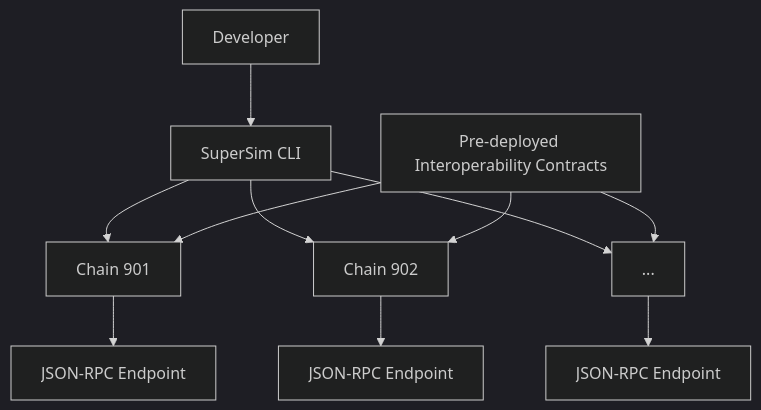
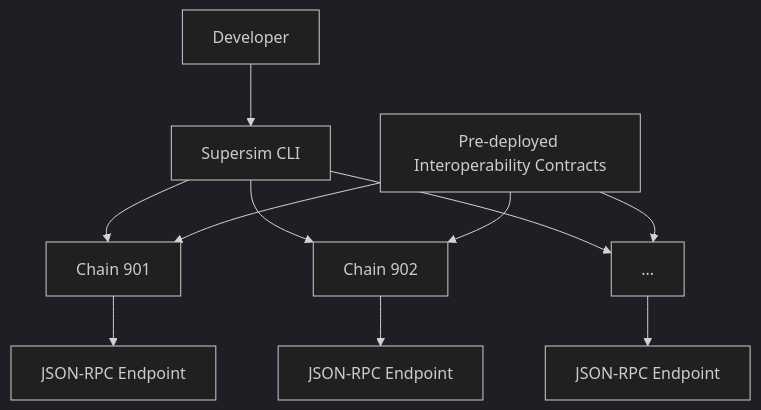
The second of 2 diagrams in pages/stack/protocol/interop/supersim.mdx (ethereum-optimism/docs), drawn with Mermaid (dark theme) before and after one commit. The commit also changed other lines of this file and 5 other files, not shown here.

````diff
--- a/pages/stack/protocol/interop/supersim.mdx
+++ b/pages/stack/protocol/interop/supersim.mdx
@@ -43,13 +44,13 @@
 ```mermaid
 graph TD
-    A[Developer] --> B[SuperSim CLI]
+    A[Developer] --> B[Supersim CLI]
     B --> C[Chain 901]
     B --> D[Chain 902]
     B --> E[...]
     C --> F[JSON-RPC Endpoint]
     D --> G[JSON-RPC Endpoint]
     E --> H[JSON-RPC Endpoint]
     I[Pre-deployed Interoperability Contracts] --> C
     I --> D
     I --> E
 ```
````
